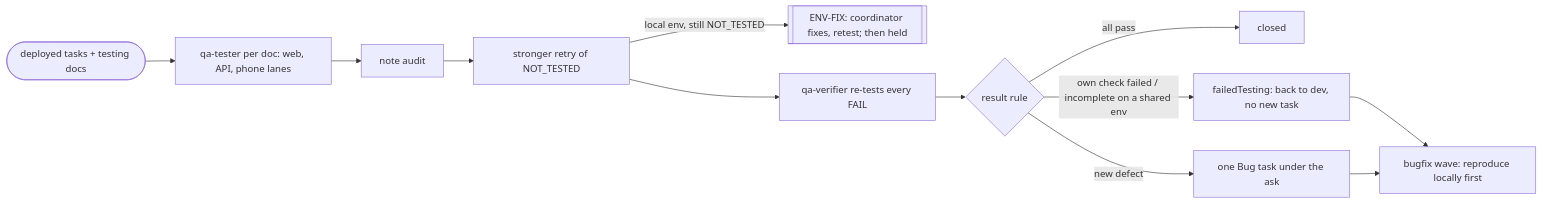
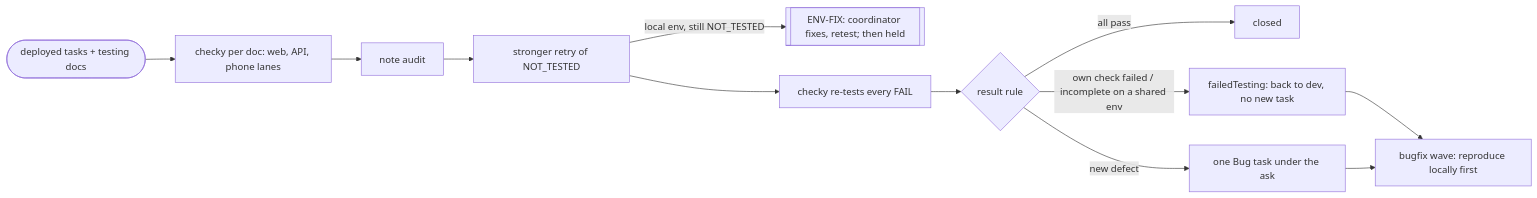
Before and after one commit to prskid1000/claude-crew: the third of 10 diagrams in README.md, drawn with Mermaid. The commit also changed other lines of this file and 2 other files, not shown here.

First line of the commit message:
feat(kit): manifest registry, schemas, new / rename / remove, release

````diff
--- a/README.md
+++ b/README.md
@@ -152,14 +310,14 @@
 ```mermaid
 flowchart LR
-  Q([deployed tasks + testing docs]) --> TE[qa-tester per doc: web, API, phone lanes]
+  Q([deployed tasks + testing docs]) --> TE[checky per doc: web, API, phone lanes]
   TE --> AU[note audit]
   AU --> SR[stronger retry of NOT_TESTED]
   SR -->|local env, still NOT_TESTED| EF[[ENV-FIX: coordinator fixes, retest; then held]]
-  SR --> VE[qa-verifier re-tests every FAIL]
+  SR --> VE[checky re-tests every FAIL]
   VE --> FI{result rule}
   FI -->|all pass| CL[closed]
   FI -->|own check failed / incomplete on a shared env| FT[failedTesting: back to dev, no new task]
   FI -->|new defect| BG[one Bug task under the ask]
   FT --> BW[bugfix wave: reproduce locally first]
   BG --> BW
 ```
````
